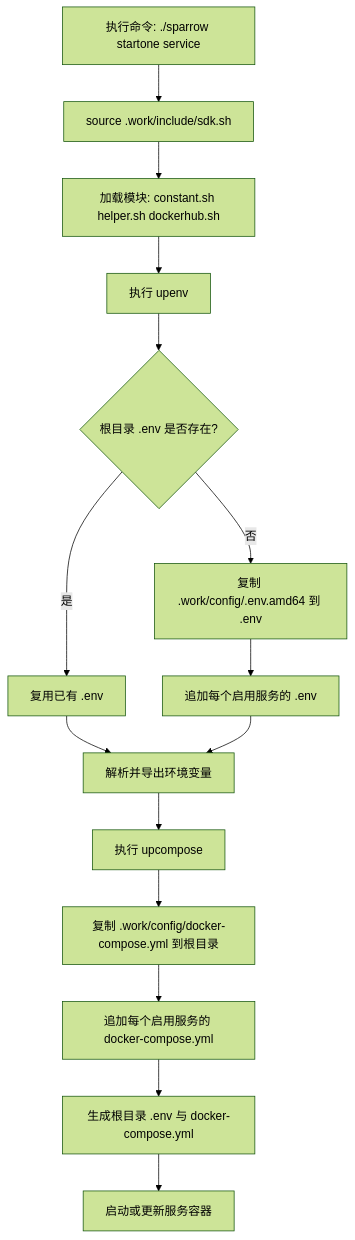
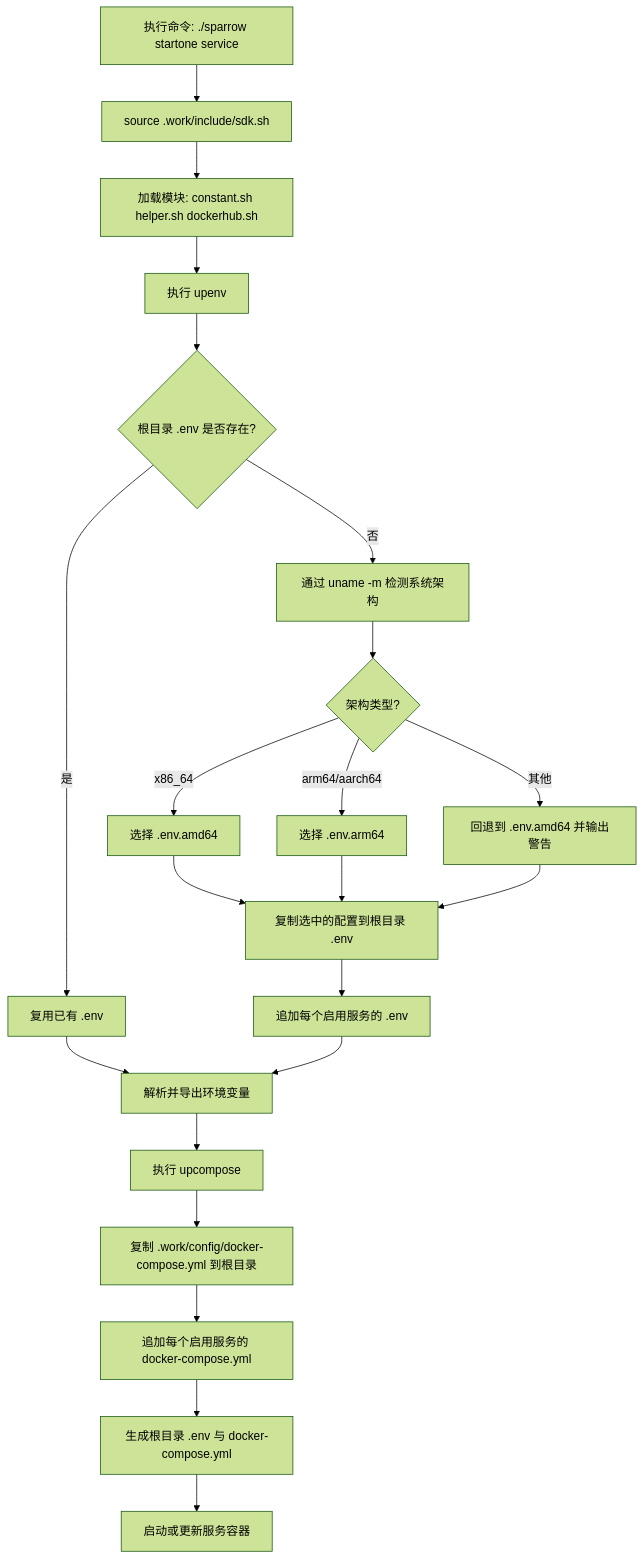
The diagram in .work/extra/doc/3.DEVELOPMENT_ZH.md (WGrape/sparrow), drawn with Mermaid (forest theme) before and after one commit. The commit also changed other lines of this file and 6 other files, not shown here.

````diff
--- a/.work/extra/doc/3.DEVELOPMENT_ZH.md
+++ b/.work/extra/doc/3.DEVELOPMENT_ZH.md
@@ -55,17 +56,22 @@
 ```mermaid
 flowchart TD
 	A[执行命令: ./sparrow startone service] --> B[source .work/include/sdk.sh]
 	B --> C[加载模块: constant.sh helper.sh dockerhub.sh]
 	C --> D[执行 upenv]
 	D --> E{根目录 .env 是否存在?}
-	E -- 否 --> F[复制 .work/config/.env.amd64 到 .env]
+	E -- 否 --> F[通过 uname -m 检测系统架构]
+	F --> FA{架构类型?}
+	FA -- x86_64 --> FB[选择 .env.amd64]
+	FA -- arm64/aarch64 --> FC[选择 .env.arm64]
+	FA -- 其他 --> FD[回退到 .env.amd64 并输出警告]
+	FB & FC & FD --> G2[复制选中的配置到根目录 .env]
 	E -- 是 --> G[复用已有 .env]
-	F --> H[追加每个启用服务的 .env]
+	G2 --> H[追加每个启用服务的 .env]
 	G --> I[解析并导出环境变量]
 	H --> I
 	I --> J[执行 upcompose]
 	J --> K[复制 .work/config/docker-compose.yml 到根目录]
 	K --> L[追加每个启用服务的 docker-compose.yml]
 	L --> M[生成根目录 .env 与 docker-compose.yml]
 	M --> N[启动或更新服务容器]
 ```
````
